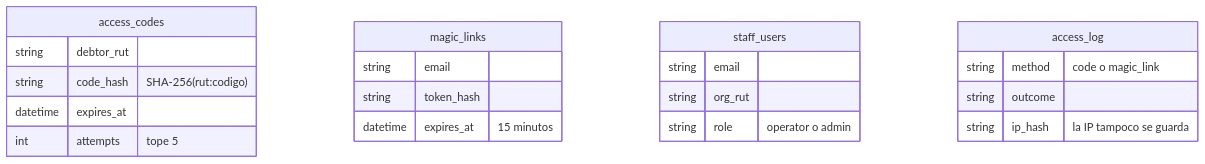
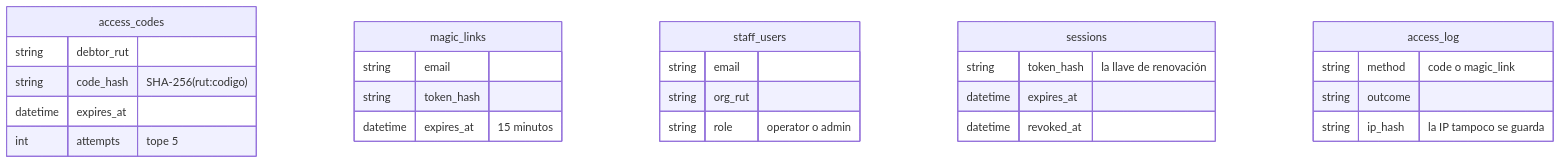
The third of 7 diagrams in README.md (Martin6k/TB_web), drawn with Mermaid before and after one commit. The commit also changed other lines of this file and 64 other files, not shown here.

````diff
--- a/README.md
+++ b/README.md
@@ -422,24 +497,29 @@
 ```mermaid
 erDiagram
     access_codes {
         string debtor_rut
         string code_hash "SHA-256(rut:codigo)"
         datetime expires_at
         int attempts "tope 5"
     }
     magic_links {
         string email
         string token_hash
         datetime expires_at "15 minutos"
     }
     staff_users {
         string email
         string org_rut
         string role "operator o admin"
     }
+    sessions {
+        string token_hash "la llave de renovación"
+        datetime expires_at
+        datetime revoked_at
+    }
     access_log {
         string method "code o magic_link"
         string outcome
         string ip_hash "la IP tampoco se guarda"
     }
 ```
````
